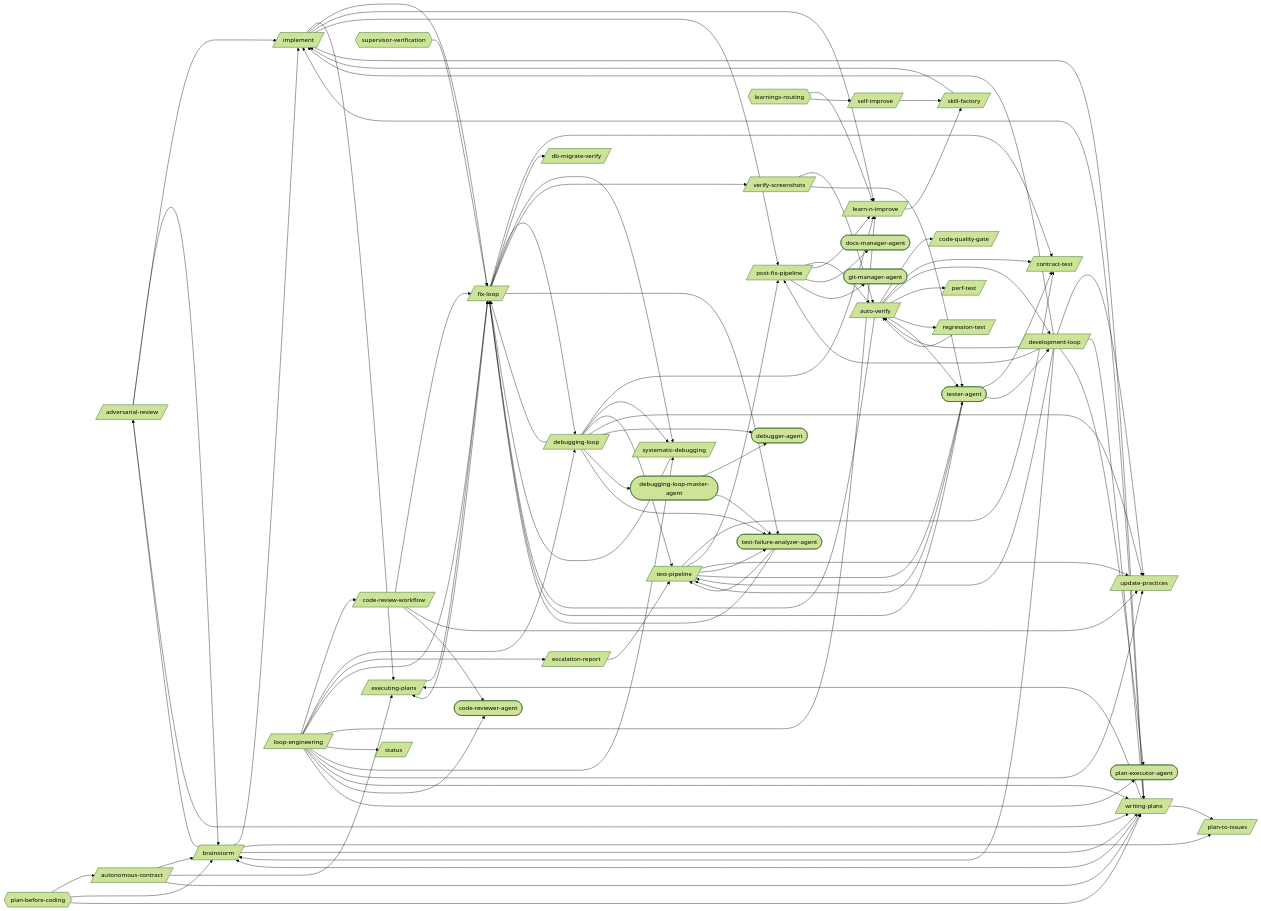
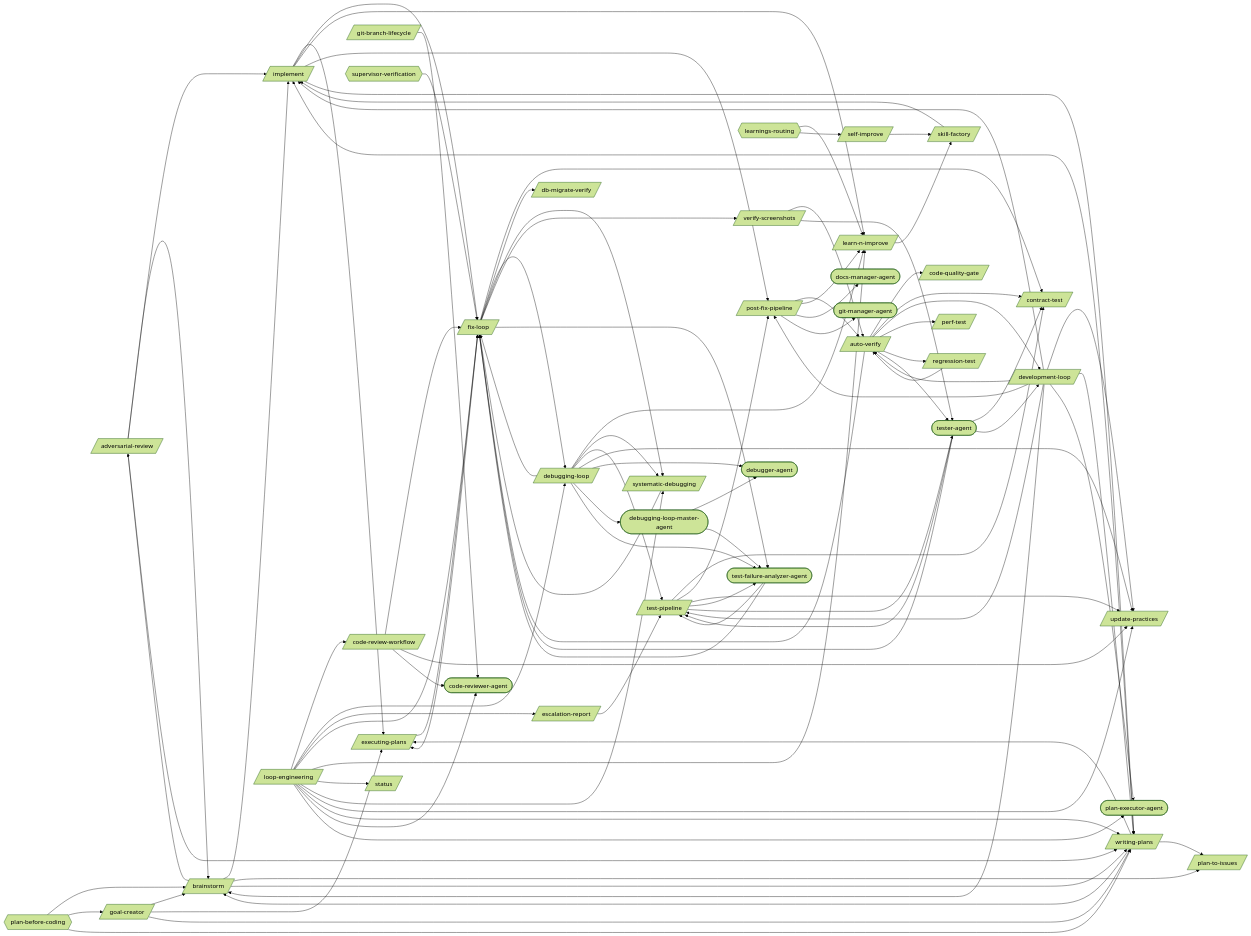
The first of 30 diagrams in docs/workflows/loop-engineering.md (abhayla/claude-best-practices), drawn with Mermaid (forest theme) before and after one commit. The commit also changed other lines of this file and 5 other files, not shown here.

````diff
--- a/docs/workflows/loop-engineering.md
+++ b/docs/workflows/loop-engineering.md
@@ -10,7 +10,6 @@
 graph LR
     adversarial_review[/adversarial-review/]
     auto_verify[/auto-verify/]
-    autonomous_contract[/autonomous-contract/]
     brainstorm[/brainstorm/]
     code_quality_gate[/code-quality-gate/]
     code_review_workflow[/code-review-workflow/]
@@ -21,6 +20,8 @@
     escalation_report[/escalation-report/]
     executing_plans[/executing-plans/]
     fix_loop[/fix-loop/]
+    git_branch_lifecycle[/git-branch-lifecycle/]
+    goal_creator[/goal-creator/]
     implement[/implement/]
     learn_n_improve[/learn-n-improve/]
     loop_engineering[/loop-engineering/]
@@ -57,9 +58,6 @@
     auto_verify --> perf_test
     auto_verify --> regression_test
     auto_verify --> tester_agent
-    autonomous_contract --> brainstorm
-    autonomous_contract --> executing_plans
-    autonomous_contract --> writing_plans
     brainstorm --> adversarial_review
     brainstorm --> implement
     brainstorm --> plan_to_issues
@@ -92,6 +90,10 @@
     fix_loop --> systematic_debugging
     fix_loop --> verify_screenshots
     fix_loop --> test_failure_analyzer_agent
+    git_branch_lifecycle --> code_reviewer_agent
+    goal_creator --> brainstorm
+    goal_creator --> executing_plans
+    goal_creator --> writing_plans
     implement --> executing_plans
     implement --> fix_loop
     implement --> learn_n_improve
@@ -138,8 +140,8 @@
     tester_agent --> test_pipeline
     learnings_routing --> learn_n_improve
     learnings_routing --> self_improve
-    plan_before_coding --> autonomous_contract
     plan_before_coding --> brainstorm
+    plan_before_coding --> goal_creator
     plan_before_coding --> writing_plans
     supervisor_verification --> fix_loop
 ```
````
